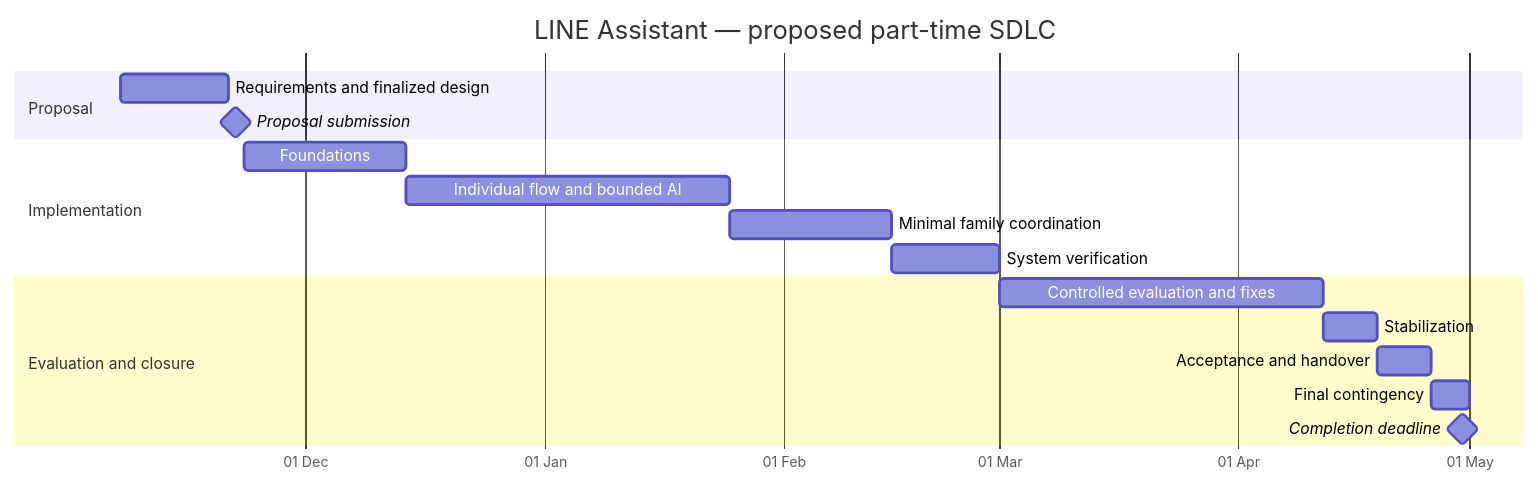
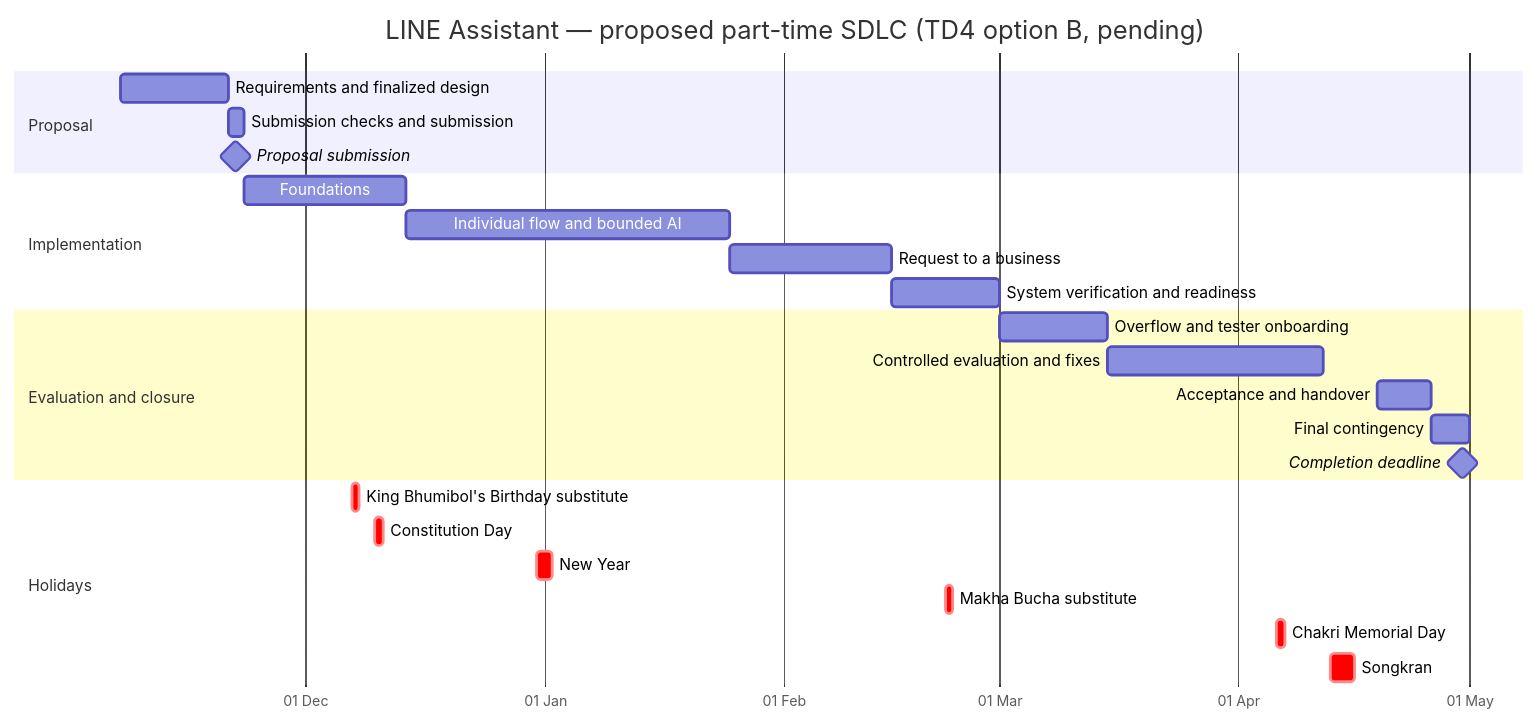
One commit to ommhungry/f-abdul changed the diagram in docs/planning/timeline-and-development-phases.md. Above: the diagram before and after it, drawn with Mermaid. The commit also changed other lines of this file and 1 other file, not shown here.

First line of the commit message:
docs: align charter and timeline with the combined direction (v0.3)

````diff
--- a/docs/planning/timeline-and-development-phases.md
+++ b/docs/planning/timeline-and-development-phases.md
@@ -136,20 +180,28 @@
 ```mermaid
 gantt
-    title LINE Assistant — proposed part-time SDLC
+    title LINE Assistant — proposed part-time SDLC (TD4 option B, pending)
     dateFormat YYYY-MM-DD
     axisFormat %d %b
     section Proposal
     Requirements and finalized design :p0, 2026-11-07, 2026-11-21
+    Submission checks and submission :p0b, 2026-11-21, 2026-11-23
     Proposal submission :milestone, submission, 2026-11-22, 0d
     section Implementation
     Foundations :p1, 2026-11-23, 2026-12-14
     Individual flow and bounded AI :p2, 2026-12-14, 2027-01-25
-    Minimal family coordination :p3, 2027-01-25, 2027-02-15
-    System verification :p4, 2027-02-15, 2027-03-01
+    Request to a business :p3, 2027-01-25, 2027-02-15
+    System verification and readiness :p4, 2027-02-15, 2027-03-01
     section Evaluation and closure
-    Controlled evaluation and fixes :p5, 2027-03-01, 2027-04-12
-    Stabilization :p6, 2027-04-12, 2027-04-19
+    Overflow and tester onboarding :p5a, 2027-03-01, 2027-03-15
+    Controlled evaluation and fixes :p5b, 2027-03-15, 2027-04-12
     Acceptance and handover :p7, 2027-04-19, 2027-04-26
     Final contingency :p8, 2027-04-26, 2027-05-01
     Completion deadline :milestone, finish, 2027-04-30, 0d
+    section Holidays
+    King Bhumibol's Birthday substitute :crit, h0, 2026-12-07, 2026-12-08
+    Constitution Day :crit, h0b, 2026-12-10, 2026-12-11
+    New Year :crit, h1, 2026-12-31, 2027-01-02
+    Makha Bucha substitute :crit, h2, 2027-02-22, 2027-02-23
+    Chakri Memorial Day :crit, h2b, 2027-04-06, 2027-04-07
+    Songkran :crit, h3, 2027-04-13, 2027-04-16
 ```
````
